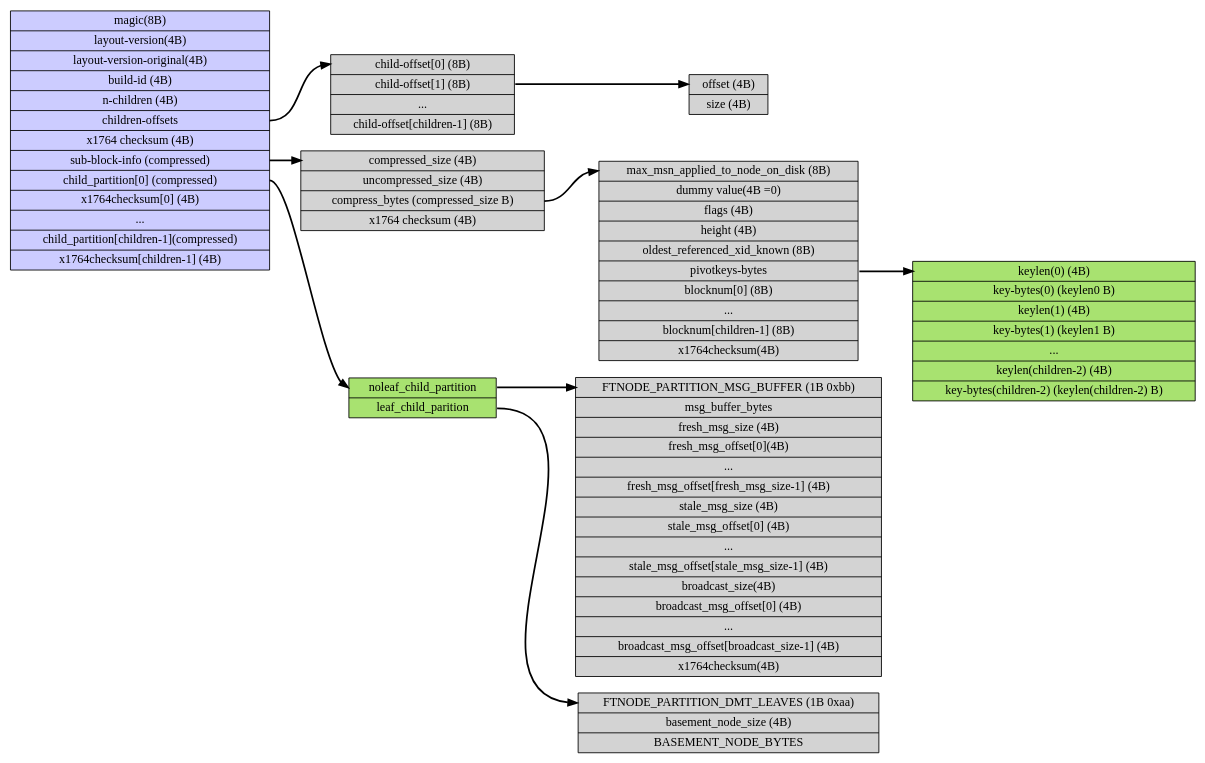
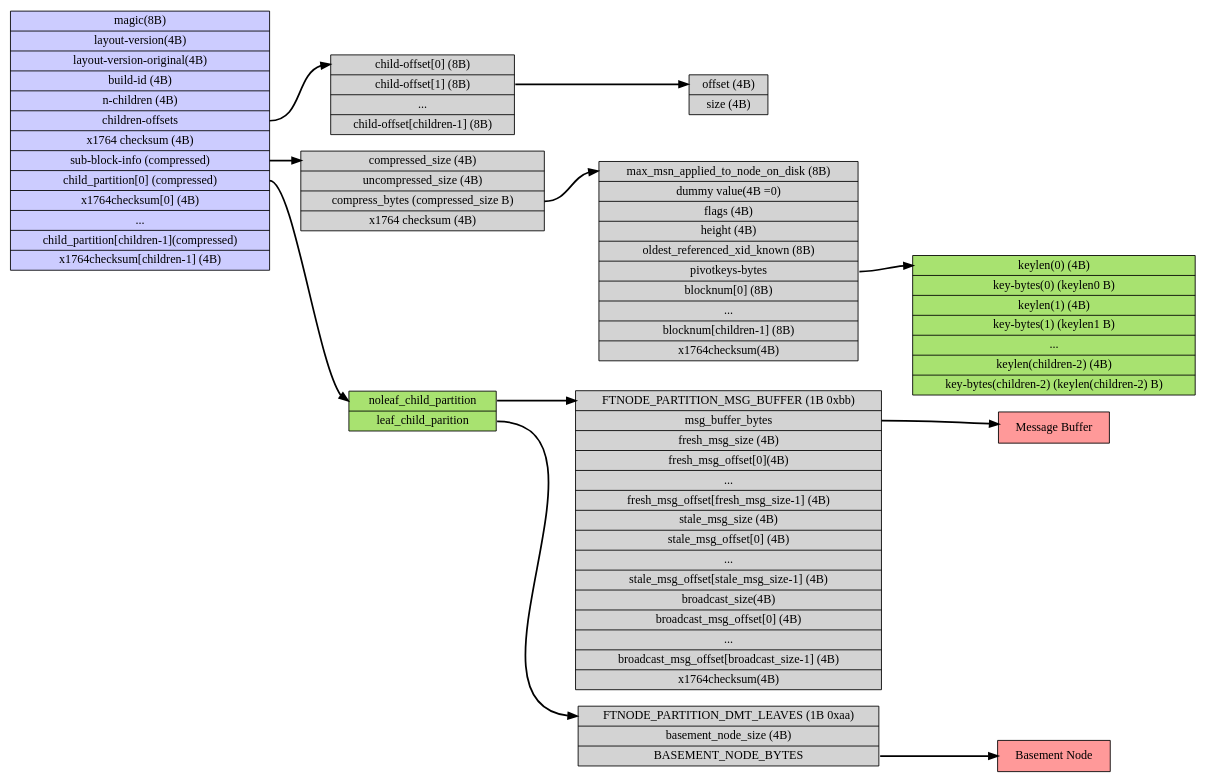
The diagram in images/graphviz/node-format.dot (SteNicholas/openinx.github.io), drawn with Graphviz before and after one commit. The commit also changed 1 other file, not shown here.

```diff
--- a/images/graphviz/node-format.dot
+++ b/images/graphviz/node-format.dot
@@ -1,90 +1,98 @@
 digraph{
 
 	rankdir = LR ; 
 	node [shape = record, style =filled];   
 	edge [style = bold]; 
 
 
 	node_format [ label = "magic(8B) | 
 						   layout-version(4B) | 
 						   layout-version-original(4B) | 
 						   build-id (4B) | 
 						   n-children (4B) | 
 						   <children_offsets> children-offsets |
 						   x1764 checksum (4B)|
 						   <sub_block> sub-block-info (compressed)| 
 						   <child_partition> child_partition[0] (compressed) | 
 						   x1764checksum[0] (4B)|
 						   ...|
 						   child_partition[children-1](compressed) | 
 						   x1764checksum[children-1] (4B)", fillcolor="#CCCCFF"]
 
 
 	children_offsets [ label = "<head> child-offset[0] (8B) | <child1> child-offset[1] (8B) | ... | child-offset[children-1] (8B)" ]
 
 	child_offset [label = "<head> offset (4B) | size (4B)"]
 
 	sub_block [ label = "<head> compressed_size (4B) | 
 						 uncompressed_size (4B) | 
 						 <compress_bytes> compress_bytes (compressed_size B) | 
 						 x1764 checksum (4B)" ] 
 
 	sb_node_info [label = "<head> max_msn_applied_to_node_on_disk (8B) | 
 		                  dummy value(4B =0)|
 						  flags (4B) |
 						  height (4B) | 
 						  oldest_referenced_xid_known (8B) |
 						  <pivotkeys_bytes> pivotkeys-bytes|
 						  blocknum[0] (8B) |
 						  ... |
 						  blocknum[children-1] (8B) |
 						  x1764checksum(4B)"]
 
 	pivotkeys_bytes [label = "<head> keylen(0) (4B) |
 						      key-bytes(0) (keylen0 B) |
 						      keylen(1) (4B) | 
 						      key-bytes(1) (keylen1 B) | 
 						      ...  |
 						      keylen(children-2) (4B)  | 
 						      key-bytes(children-2) (keylen(children-2) B)
 						      ", fillcolor="#A8E270"]
 
 	noleaf_child_partition [label = "<head> FTNODE_PARTITION_MSG_BUFFER (1B 0xbb) |
-									 msg_buffer_bytes | 
+									 <msg_buffer> msg_buffer_bytes | 
 									 fresh_msg_size (4B)| 
 									 fresh_msg_offset[0](4B)|
 									 ...|
 									 fresh_msg_offset[fresh_msg_size-1] (4B) | 
 									 stale_msg_size (4B)|
 									 stale_msg_offset[0] (4B) |
 									 ...|
 									 stale_msg_offset[stale_msg_size-1] (4B) |
 									 broadcast_size(4B) | 
 									 broadcast_msg_offset[0] (4B) |
 									 ...|
 									 broadcast_msg_offset[broadcast_size-1] (4B) |
 									 x1764checksum(4B)"]
 
 	leaf_child_parition [label = "<head> FTNODE_PARTITION_DMT_LEAVES (1B 0xaa)|
 								  basement_node_size (4B) | 
-								  BASEMENT_NODE_BYTES "]
+								  <basement_node> BASEMENT_NODE_BYTES "]
 
 	child_partition [label = "<noleaf> noleaf_child_partition |
 						      <leaf> leaf_child_parition ", fillcolor="#A8E270" ]
+
+
+	msg_buffer [label = "<head> Message Buffer", fillcolor="#FF9999"]
+	basement_node [label = "<head> Basement Node", fillcolor="#FF9999"]
 
 
 
 	node_format:children_offsets -> children_offsets:head; 
 	node_format:sub_block -> sub_block:head; 
 	node_format:child_partition -> child_partition:noleaf
 
 	children_offsets:child1 -> child_offset:head; 
 
 	sub_block:compress_bytes -> sb_node_info:head; 
 
 	sb_node_info:pivotkeys_bytes -> pivotkeys_bytes:head
 
 	child_partition:noleaf -> noleaf_child_partition:head
 	child_partition:leaf -> leaf_child_parition:head
 
+	noleaf_child_partition:msg_buffer -> msg_buffer:head
+	leaf_child_parition:basement_node -> basement_node:head
+
+
 }
```
